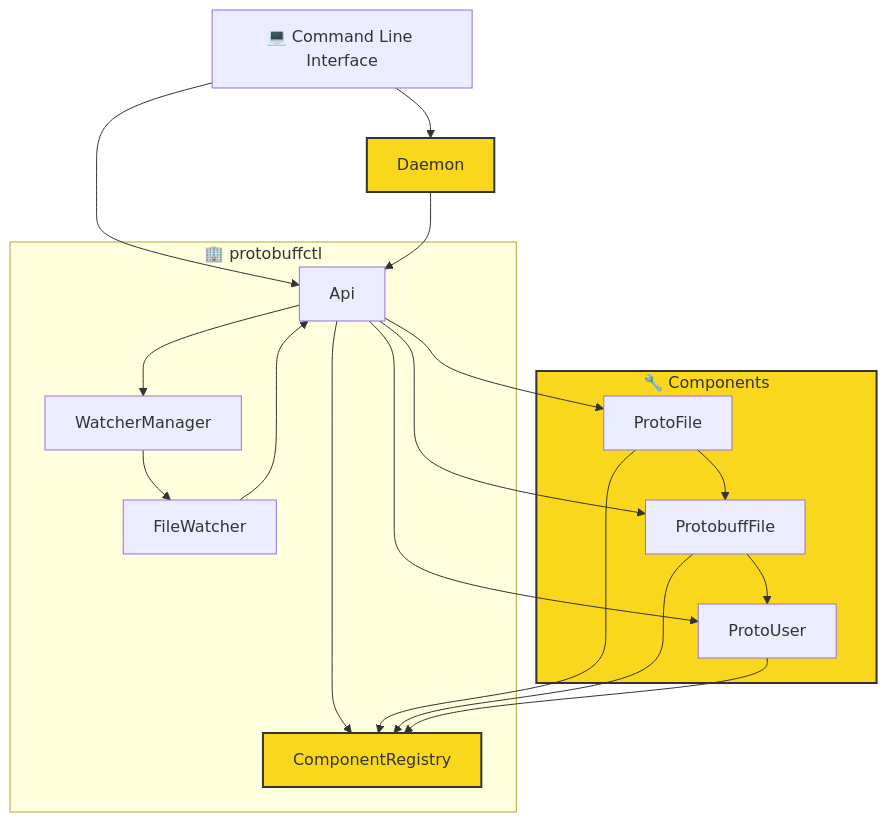
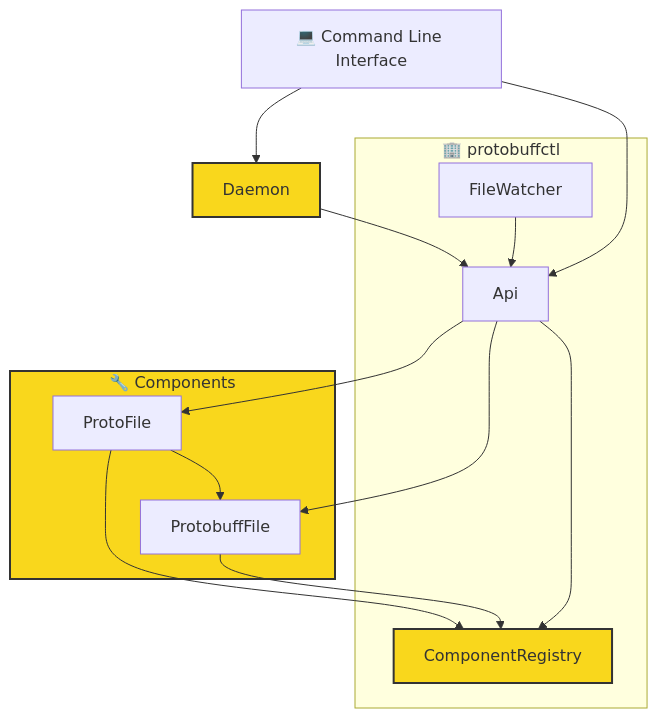
Before and after one commit to ji-podhead/protobuffctl: the diagram in README.md, drawn with Mermaid.

````diff
--- a/README.md
+++ b/README.md
@@ -224,35 +224,30 @@
 ```mermaid
 graph TD;
     CLI["💻 Command Line Interface"]-->Api;
 CLI["💻 Command Line Interface"]-->Daemon;
-    Api-->WatcherManager;
     Api-->ComponentRegistry;
-    WatcherManager-->FileWatcher;
     FileWatcher-->Api;
     Api-->ProtobuffFile;
-    Api-->ProtoUser;
     Api-->ProtoFile;
     ProtoFile-->ProtobuffFile;
     ProtoFile-->ComponentRegistry;
-    ProtobuffFile-->ProtoUser;
+  
     ProtobuffFile-->ComponentRegistry;
-    ProtoUser-->ComponentRegistry;
+
   Daemon-->Api;
     subgraph protobuffctl [🏢 protobuffctl]
         Api;
-        WatcherManager;
         FileWatcher;
         ComponentRegistry;
     end
     subgraph components [🔧 Components]
         ProtoFile;
         ProtobuffFile;
-        ProtoUser;
     end
     style components fill:#f9d71c,stroke:#333,stroke-width:2px
     style ComponentRegistry fill:#f9d71c,stroke:#333,stroke-width:2px
     style components fill:#f9d71c,stroke:#333,stroke-width:2px
     style ComponentRegistry fill:#f9d71c,stroke:#333,stroke-width:2px
     style Daemon fill:#f9d71c,stroke:#333,stroke-width:2px
 
 ```
````
